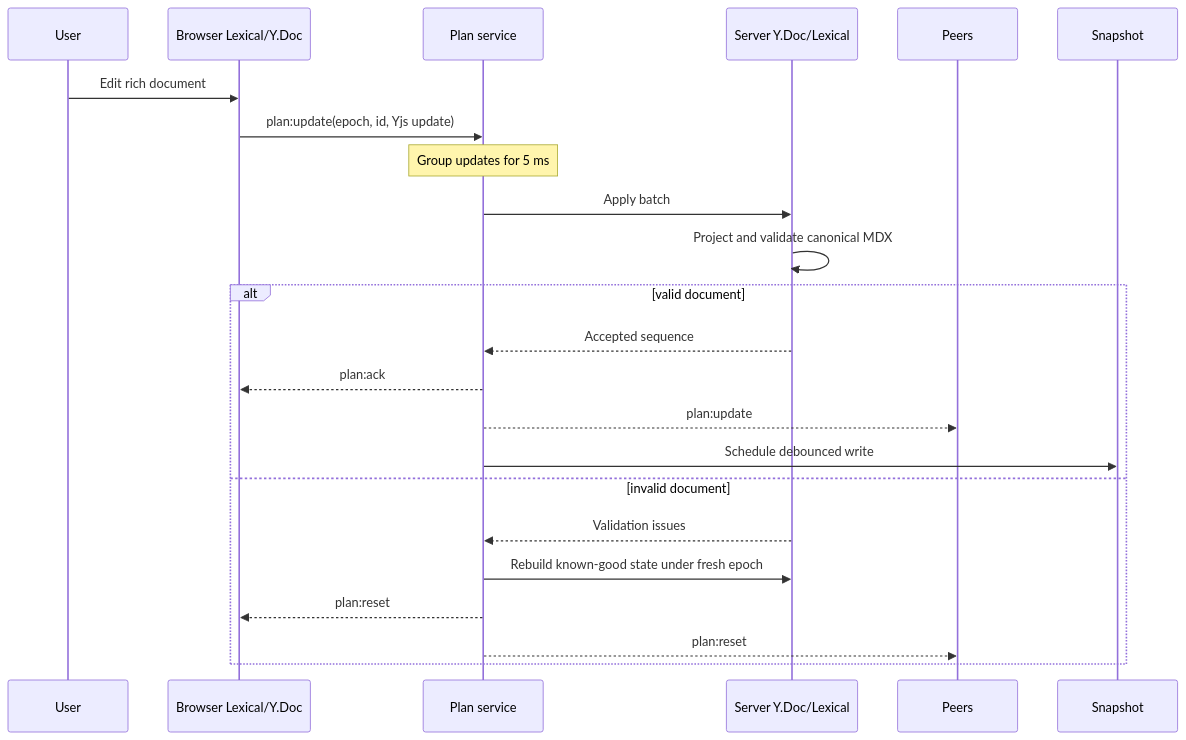
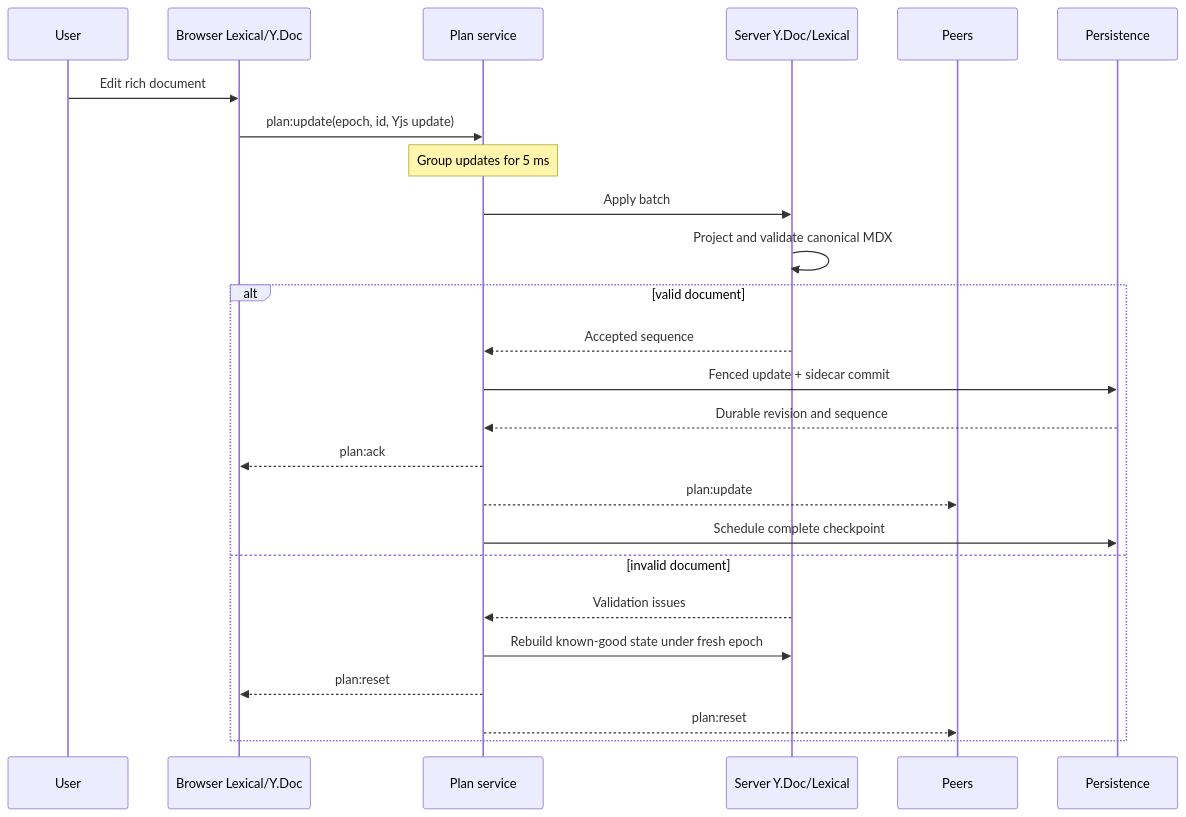
Before and after one commit to githubnext/chopin: the second of 3 diagrams in docs/architecture.md, drawn with Mermaid. The commit also changed other lines of this file and 74 other files, not shown here.

````diff
--- a/docs/architecture.md
+++ b/docs/architecture.md
@@ -67,26 +71,28 @@
 ```mermaid
 sequenceDiagram
 	participant U as User
 	participant B as Browser Lexical/Y.Doc
 	participant S as Plan service
 	participant D as Server Y.Doc/Lexical
 	participant P as Peers
-	participant F as Snapshot
+	participant ST as Persistence
 
 	U->>B: Edit rich document
 	B->>S: plan:update(epoch, id, Yjs update)
 	Note over S: Group updates for 5 ms
 	S->>D: Apply batch
 	D->>D: Project and validate canonical MDX
 	alt valid document
 		D-->>S: Accepted sequence
+		S->>ST: Fenced update + sidecar commit
+		ST-->>S: Durable revision and sequence
 		S-->>B: plan:ack
 		S-->>P: plan:update
-		S->>F: Schedule debounced write
+		S->>ST: Schedule complete checkpoint
 	else invalid document
 		D-->>S: Validation issues
 		S->>D: Rebuild known-good state under fresh epoch
 		S-->>B: plan:reset
 		S-->>P: plan:reset
 	end
 ```
````
